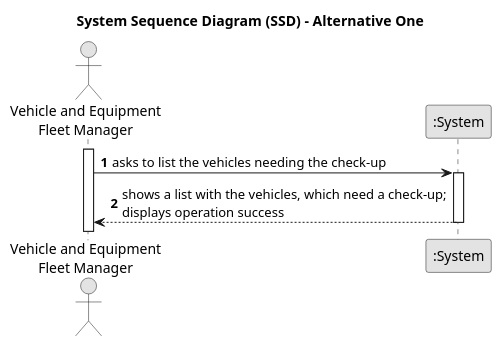
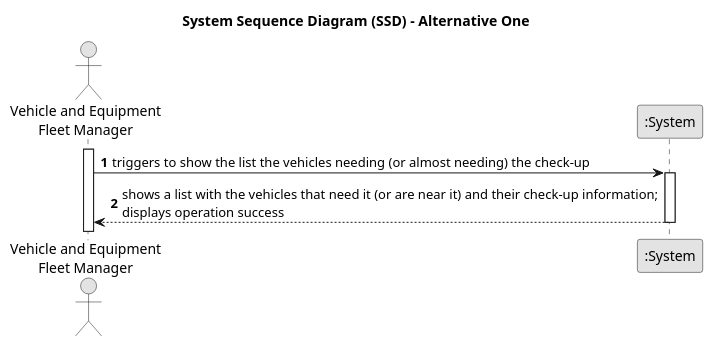
One commit to 1231360-ISEP/lei-24-s2-1db-g021 changed the diagram in docs/sprintA/us008/01.requirements-engineering/puml/us008-system-sequence-diagram-alternative-one.puml. Above: the diagram before and after it, drawn with PlantUML. The commit also changed 1 other file, not shown here.

```diff
--- a/docs/sprintA/us008/01.requirements-engineering/puml/us008-system-sequence-diagram-alternative-one.puml
+++ b/docs/sprintA/us008/01.requirements-engineering/puml/us008-system-sequence-diagram-alternative-one.puml
@@ -1,21 +1,21 @@
 @startuml
 skinparam monochrome true
 skinparam packageStyle rectangle
 skinparam shadowing false
 
 title System Sequence Diagram (SSD) - Alternative One
 
 autonumber
 
 actor "Vehicle and Equipment\nFleet Manager" as Employee
 participant ":System" as System
 
 activate Employee
 
-    Employee -> System : asks to list the vehicles needing the check-up
+    Employee -> System : triggers to show the list the vehicles needing (or almost needing) the check-up
     activate System
 
-        System --> Employee : shows a list with the vehicles, which need a check-up;\ndisplays operation success
+        System --> Employee : shows a list with the vehicles that need it (or are near it) and their check-up information;\ndisplays operation success
     deactivate System
 
 @enduml
```
